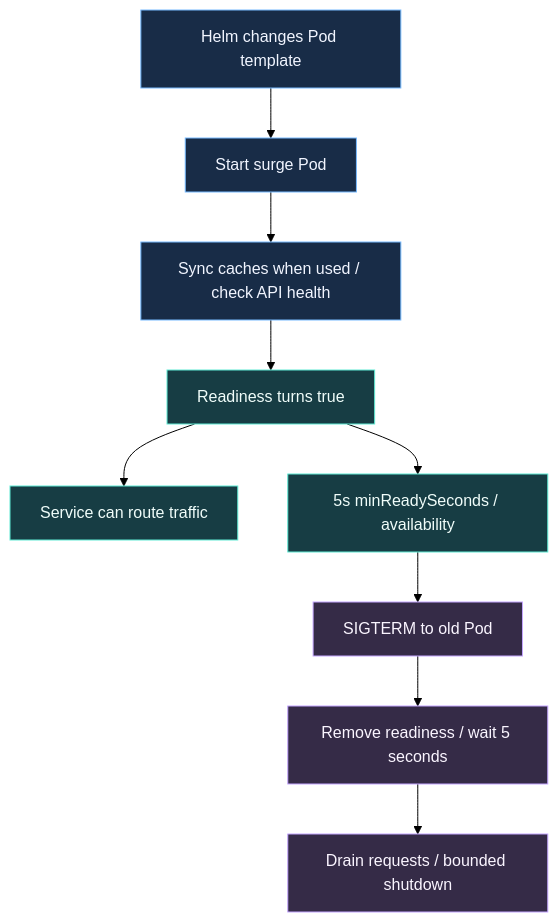
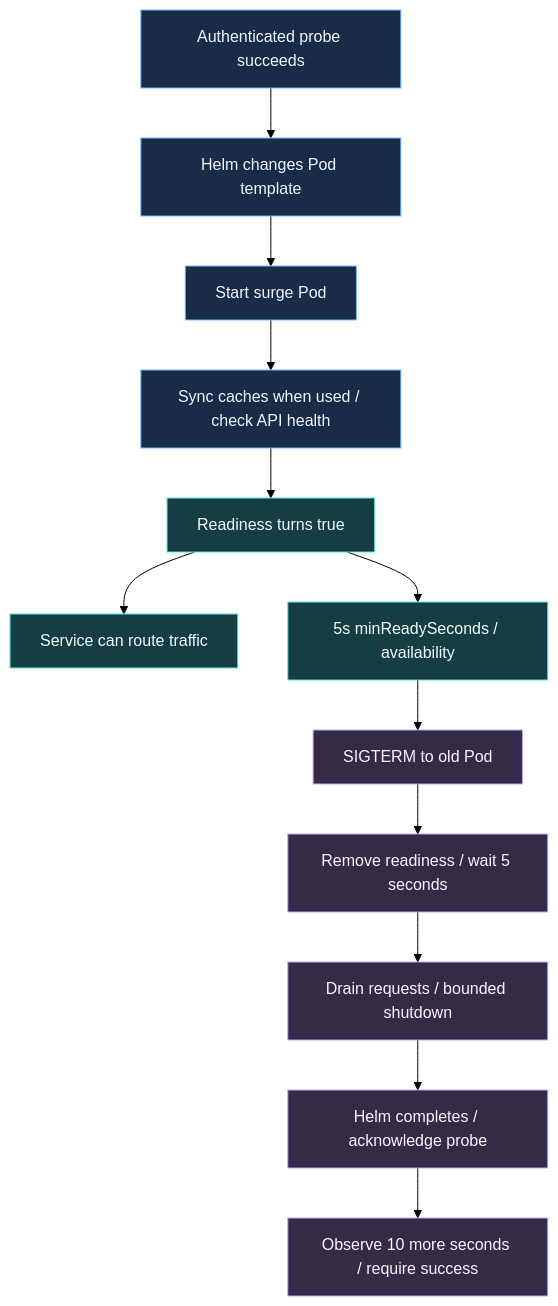
The diagram in docs/visuals/sources/rollout.mmd (Enetact/TeleportFDE), drawn with Mermaid (forest theme) before and after one commit. The commit also changed 46 other files, not shown here.

```diff
--- a/docs/visuals/sources/rollout.mmd
+++ b/docs/visuals/sources/rollout.mmd
@@ -1,15 +1,18 @@
 flowchart TB
+  probe[Authenticated probe succeeds] --> helm
   helm[Helm changes Pod template] --> surge[Start surge Pod]
   surge --> sync[Sync caches when used / check API health]
   sync --> ready[Readiness turns true]
   ready --> route[Service can route traffic]
   ready --> stable[5s minReadySeconds / availability]
   stable --> retire[SIGTERM to old Pod]
   retire --> drain[Remove readiness / wait 5 seconds]
   drain --> shutdown[Drain requests / bounded shutdown]
+  shutdown --> finished[Helm completes / acknowledge probe]
+  finished --> observe[Observe 10 more seconds / require success]
   classDef step fill:#182c47,stroke:#76baff,color:#f1f5ff
   classDef safe fill:#173d44,stroke:#5eead4,color:#f0fdfa
   classDef endstep fill:#352b47,stroke:#c4a6ff,color:#faf5ff
-  class helm,surge,sync step
+  class probe,helm,surge,sync step
   class ready,route,stable safe
-  class retire,drain,shutdown endstep
+  class retire,drain,shutdown,finished,observe endstep
```
